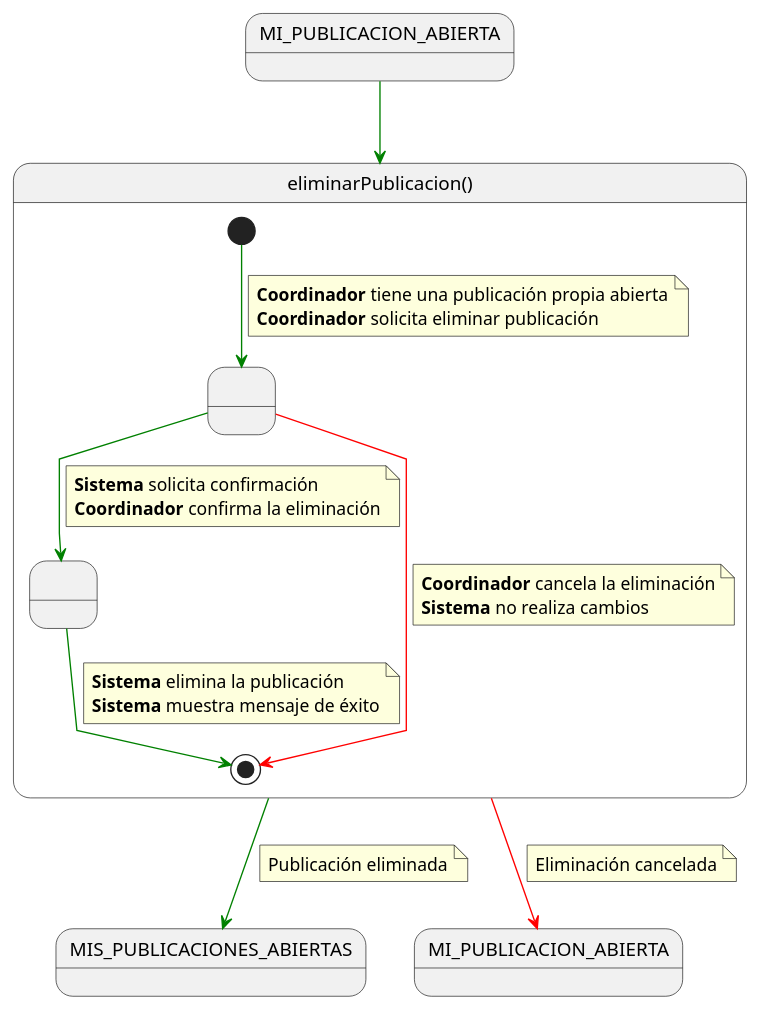
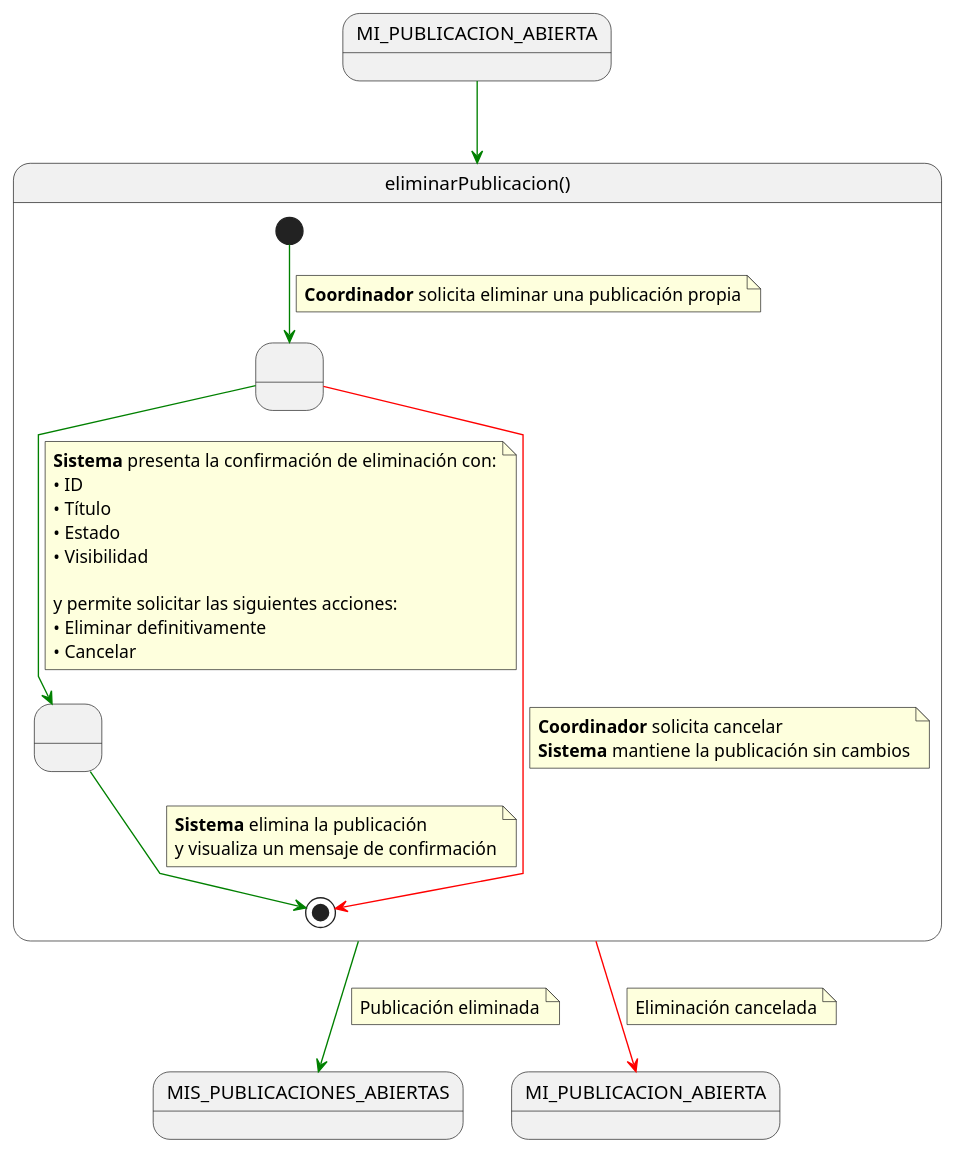
Before and after one commit to 31Diego/25-26-IdSw1-SdR: the diagram in documents/casosDeUso/detalle/coordinador/08-mis-publicaciones/eliminarPublicacion/eliminarPublicacion.puml, drawn with PlantUML. The commit also changed 13 other files, not shown here.

Commit message:
Agrego las acciones del sistema detallados

```diff
--- a/documents/casosDeUso/detalle/coordinador/08-mis-publicaciones/eliminarPublicacion/eliminarPublicacion.puml
+++ b/documents/casosDeUso/detalle/coordinador/08-mis-publicaciones/eliminarPublicacion/eliminarPublicacion.puml
@@ -1,47 +1,53 @@
 @startuml eliminarPublicacion
 skinparam linetype polyline
 
 state in1 as "MI_PUBLICACION_ABIERTA"
 in1 -[#green]-> eliminarPublicacion
 
 state eliminarPublicacion as "eliminarPublicacion()" {
 
     state " " as ConfirmandoEliminacion
     state " " as Eliminando
 
     [*] -[#green]-> ConfirmandoEliminacion
     note on link
-    <b>Coordinador</b> tiene una publicación propia abierta
-    <b>Coordinador</b> solicita eliminar publicación
+    <b>Coordinador</b> solicita eliminar una publicación propia
     end note
 
     ConfirmandoEliminacion -[#green]-> Eliminando
     note on link
-    <b>Sistema</b> solicita confirmación
-    <b>Coordinador</b> confirma la eliminación
+    <b>Sistema</b> presenta la confirmación de eliminación con:
+    • ID
+    • Título
+    • Estado
+    • Visibilidad
+
+    y permite solicitar las siguientes acciones:
+    • Eliminar definitivamente
+    • Cancelar
     end note
 
     Eliminando -[#green]-> [*]
     note on link
     <b>Sistema</b> elimina la publicación
-    <b>Sistema</b> muestra mensaje de éxito
+    y visualiza un mensaje de confirmación
     end note
 
     ConfirmandoEliminacion -[#red]-> [*]
     note on link
-    <b>Coordinador</b> cancela la eliminación
-    <b>Sistema</b> no realiza cambios
+    <b>Coordinador</b> solicita cancelar
+    <b>Sistema</b> mantiene la publicación sin cambios
     end note
 }
 
 eliminarPublicacion -[#green]-> MIS_PUBLICACIONES_ABIERTAS
 note on link
 Publicación eliminada
 end note
 
 eliminarPublicacion -[#red]-> MI_PUBLICACION_ABIERTA
 note on link
 Eliminación cancelada
 end note
 
 @enduml
```
